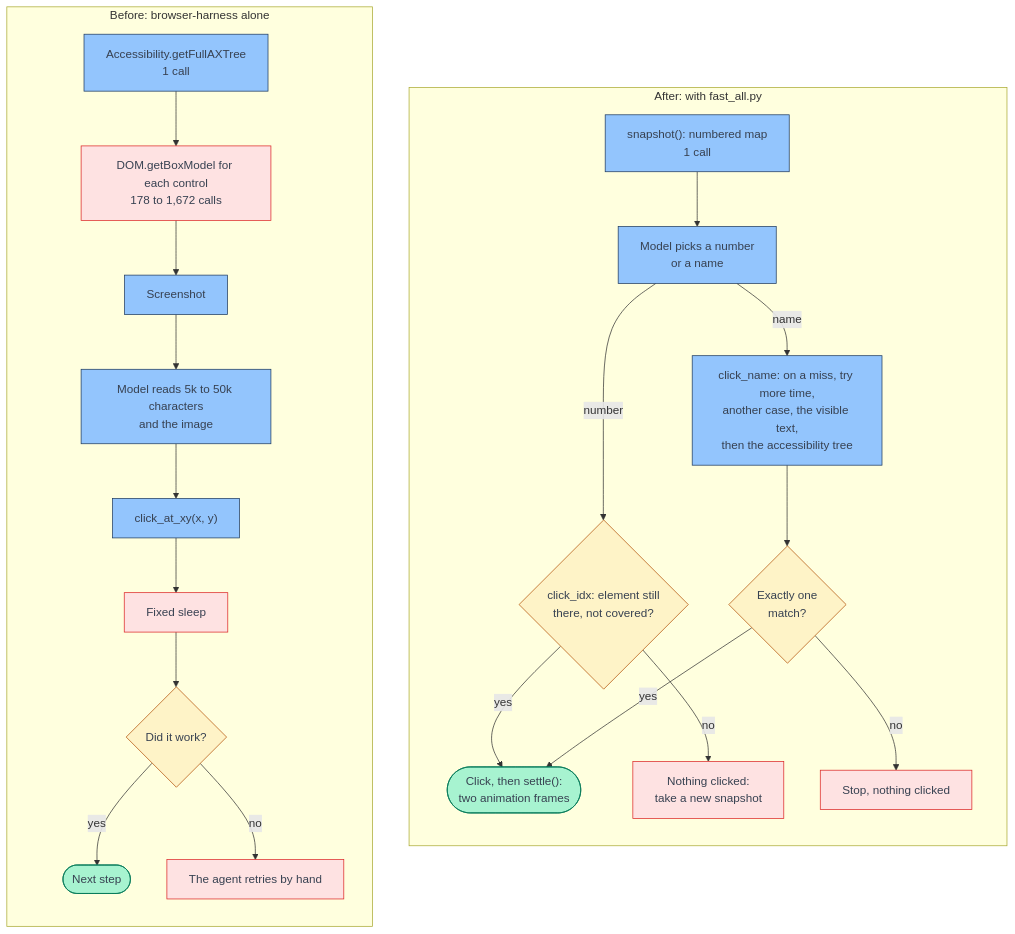
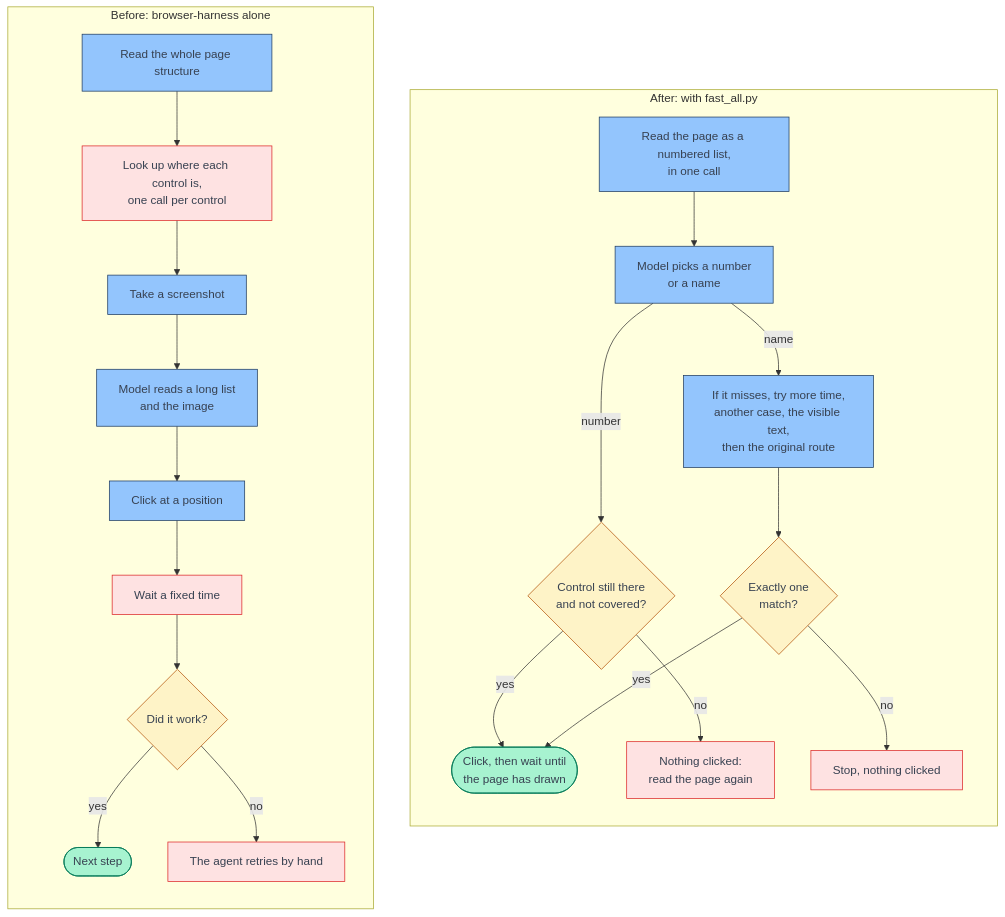
Before and after one commit to kokchuan101/browser-harness-fast-extension: the first of 2 diagrams in README.md, drawn with Mermaid. The commit also changed other lines of this file, not shown here.

Commit message:
README: high-level before/after, file tree, backup-checked install and revert commands

````diff
--- a/README.md
+++ b/README.md
@@ -8,34 +8,34 @@
 ```mermaid
 flowchart LR
   subgraph before["Before: browser-harness alone"]
     direction TB
-    a1["Accessibility.getFullAXTree<br/>1 call"] --> a2["DOM.getBoxModel for each control<br/>178 to 1,672 calls"]
-    a2 --> a3["Screenshot"]
-    a3 --> a4["Model reads 5k to 50k characters<br/>and the image"]
-    a4 --> a5["click_at_xy(x, y)"]
-    a5 --> a6["Fixed sleep"]
+    a1["Read the whole page structure"] --> a2["Look up where each control is,<br/>one call per control"]
+    a2 --> a3["Take a screenshot"]
+    a3 --> a4["Model reads a long list<br/>and the image"]
+    a4 --> a5["Click at a position"]
+    a5 --> a6["Wait a fixed time"]
     a6 --> a7{"Did it work?"}
     a7 -- yes --> a8(["Next step"])
     a7 -- no --> a9["The agent retries by hand"]
   end
   subgraph after["After: with fast_all.py"]
     direction TB
-    s1["snapshot(): numbered map<br/>1 call"] --> s2["Model picks a number<br/>or a name"]
-    s2 -- number --> s3{"click_idx: element still<br/>there, not covered?"}
-    s3 -- yes --> s4(["Click, then settle():<br/>two animation frames"])
-    s3 -- no --> s5["Nothing clicked:<br/>take a new snapshot"]
-    s2 -- name --> s6["click_name: on a miss, try more time,<br/>another case, the visible text,<br/>then the accessibility tree"]
+    s1["Read the page as a numbered list,<br/>in one call"] --> s2["Model picks a number<br/>or a name"]
+    s2 -- number --> s3{"Control still there<br/>and not covered?"}
+    s3 -- yes --> s4(["Click, then wait until<br/>the page has drawn"])
+    s3 -- no --> s5["Nothing clicked:<br/>read the page again"]
+    s2 -- name --> s6["If it misses, try more time,<br/>another case, the visible text,<br/>then the original route"]
     s6 --> s7{"Exactly one<br/>match?"}
     s7 -- yes --> s4
     s7 -- no --> s8["Stop, nothing clicked"]
   end
   before ~~~ after
   classDef ask fill:#fef3c7,stroke:#b45309,color:#374151
   classDef work fill:#93c5fd,stroke:#1e3a5f,color:#374151
   classDef slow fill:#fee2e2,stroke:#dc2626,color:#374151
   classDef ok fill:#a7f3d0,stroke:#047857,color:#374151
   class a7,s3,s7 ask
   class a1,a3,a4,a5,s1,s2,s6 work
   class a2,a6,a9,s5,s8 slow
   class a8,s4 ok
 ```
````
